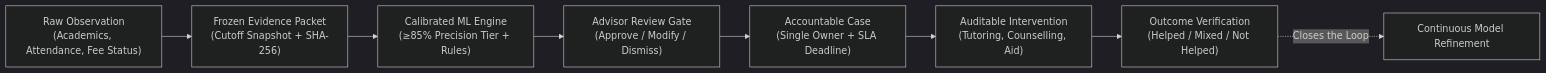
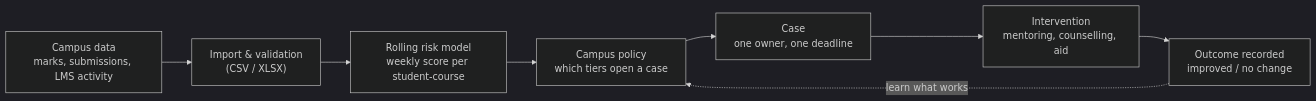
The diagram in README.md (yash-144/disha), drawn with Mermaid (dark theme) before and after one commit. The commit also changed other lines of this file and 123 other files, not shown here.

First line of the commit message:
feat: Supabase Postgres, verified Google sign-in, role-scoped data, seeded demo campus, early-warning metric, new UI theme and portals

````diff
--- a/README.md
+++ b/README.md
@@ -61,10 +28,10 @@
 ```mermaid
 flowchart LR
-    A["Raw Observation<br/>(Academics, Attendance, Fee Status)"] --> B["Frozen Evidence Packet<br/>(Cutoff Snapshot + SHA-256)"]
-    B --> C["Calibrated ML Engine<br/>(≥85% Precision Tier + Rules)"]
-    C --> D["Advisor Review Gate<br/>(Approve / Modify / Dismiss)"]
-    D --> E["Accountable Case<br/>(Single Owner + SLA Deadline)"]
-    E --> F["Auditable Intervention<br/>(Tutoring, Counselling, Aid)"]
-    F --> G["Outcome Verification<br/>(Helped / Mixed / Not Helped)"]
-    G -.->|Closes the Loop| H["Continuous Model Refinement"]
+    A["Campus data<br/>marks, submissions, LMS activity"] --> B["Import & validation<br/>(CSV / XLSX)"]
+    B --> C["Rolling risk model<br/>weekly score per student-course"]
+    C --> D["Campus policy<br/>which tiers open a case"]
+    D --> E["Case<br/>one owner, one deadline"]
+    E --> F["Intervention<br/>mentoring, counselling, aid"]
+    F --> G["Outcome recorded<br/>improved / no change"]
+    G -.->|learn what works| D
 ```
````
